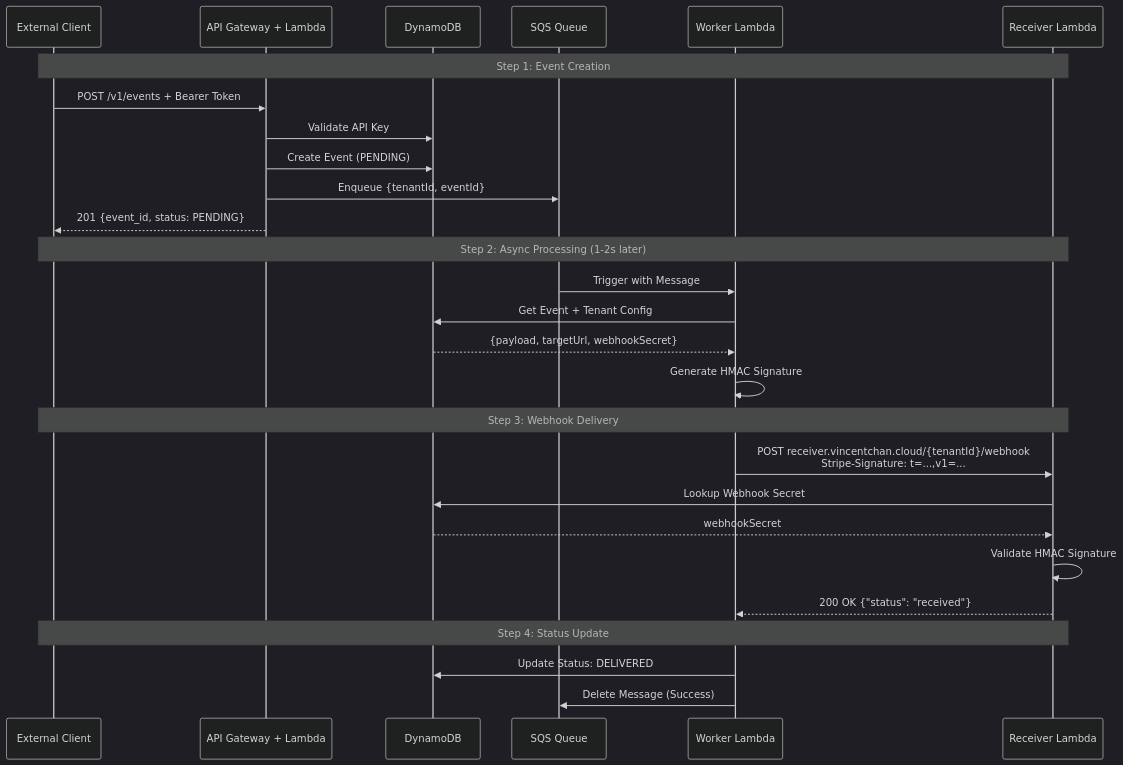
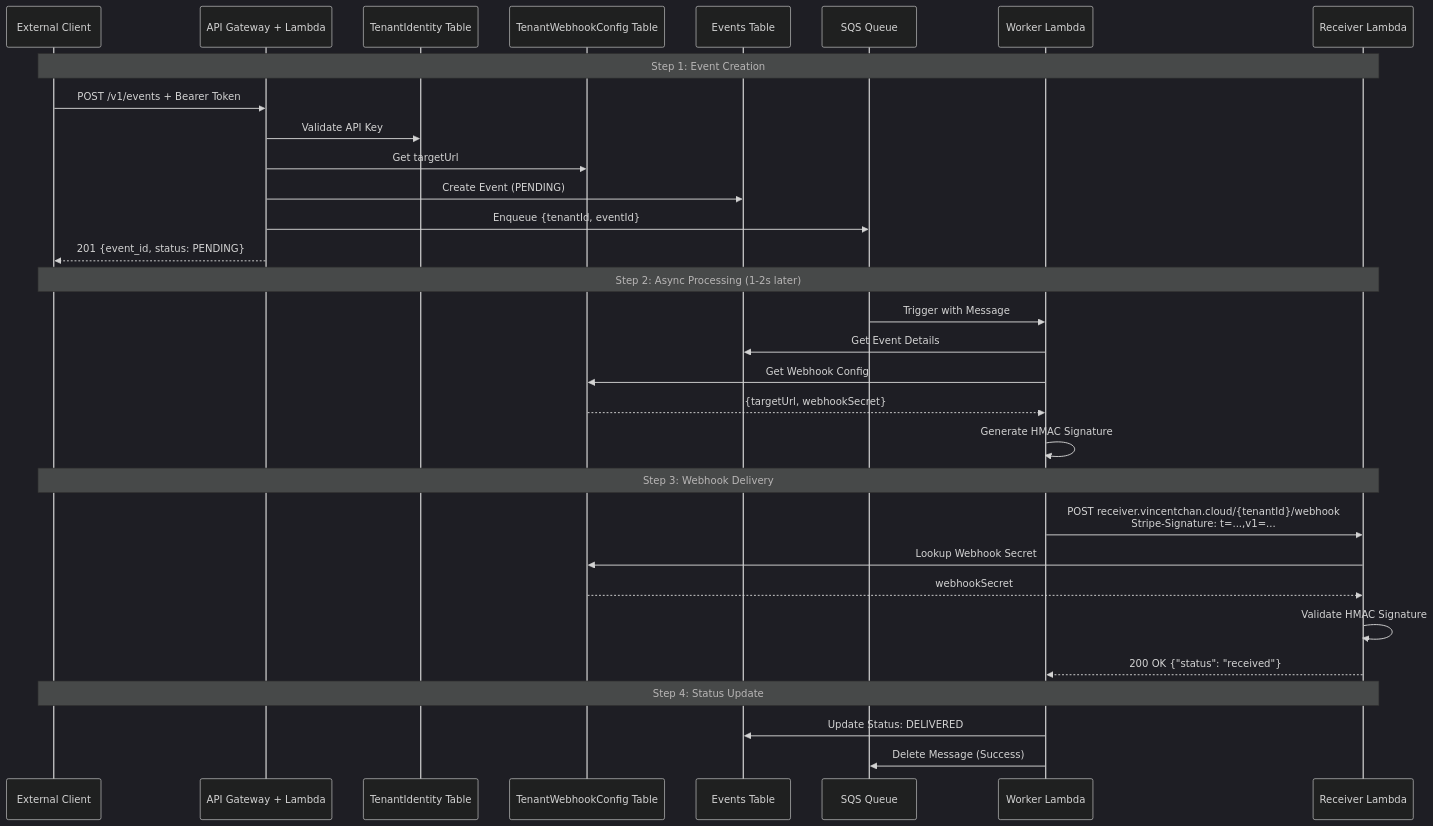
One commit to lousydropout/webhook-delivery changed the fourth of 4 diagrams in README.md. Above: the diagram before and after it, drawn with Mermaid (dark theme). The commit also changed other lines of this file and 10 other files, not shown here.

````diff
--- a/README.md
+++ b/README.md
@@ -332,33 +340,37 @@
 ```mermaid
 sequenceDiagram
     participant Client as External Client
     participant API as API Gateway + Lambda
-    participant DB as DynamoDB
+    participant TenantIdentity as TenantIdentity Table
+    participant TenantWebhookConfig as TenantWebhookConfig Table
+    participant Events as Events Table
     participant SQS as SQS Queue
     participant Worker as Worker Lambda
     participant Receiver as Receiver Lambda
 
     Note over Client,Receiver: Step 1: Event Creation
     Client->>API: POST /v1/events + Bearer Token
-    API->>DB: Validate API Key
-    API->>DB: Create Event (PENDING)
+    API->>TenantIdentity: Validate API Key
+    API->>TenantWebhookConfig: Get targetUrl
+    API->>Events: Create Event (PENDING)
     API->>SQS: Enqueue {tenantId, eventId}
     API-->>Client: 201 {event_id, status: PENDING}
 
     Note over Client,Receiver: Step 2: Async Processing (1-2s later)
     SQS->>Worker: Trigger with Message
-    Worker->>DB: Get Event + Tenant Config
-    DB-->>Worker: {payload, targetUrl, webhookSecret}
+    Worker->>Events: Get Event Details
+    Worker->>TenantWebhookConfig: Get Webhook Config
+    TenantWebhookConfig-->>Worker: {targetUrl, webhookSecret}
     Worker->>Worker: Generate HMAC Signature
 
     Note over Client,Receiver: Step 3: Webhook Delivery
     Worker->>Receiver: POST receiver.vincentchan.cloud/{tenantId}/webhook<br/>Stripe-Signature: t=...,v1=...
-    Receiver->>DB: Lookup Webhook Secret
-    DB-->>Receiver: webhookSecret
+    Receiver->>TenantWebhookConfig: Lookup Webhook Secret
+    TenantWebhookConfig-->>Receiver: webhookSecret
     Receiver->>Receiver: Validate HMAC Signature
     Receiver-->>Worker: 200 OK {"status": "received"}
 
     Note over Client,Receiver: Step 4: Status Update
-    Worker->>DB: Update Status: DELIVERED
+    Worker->>Events: Update Status: DELIVERED
     Worker->>SQS: Delete Message (Success)
 ```
````
